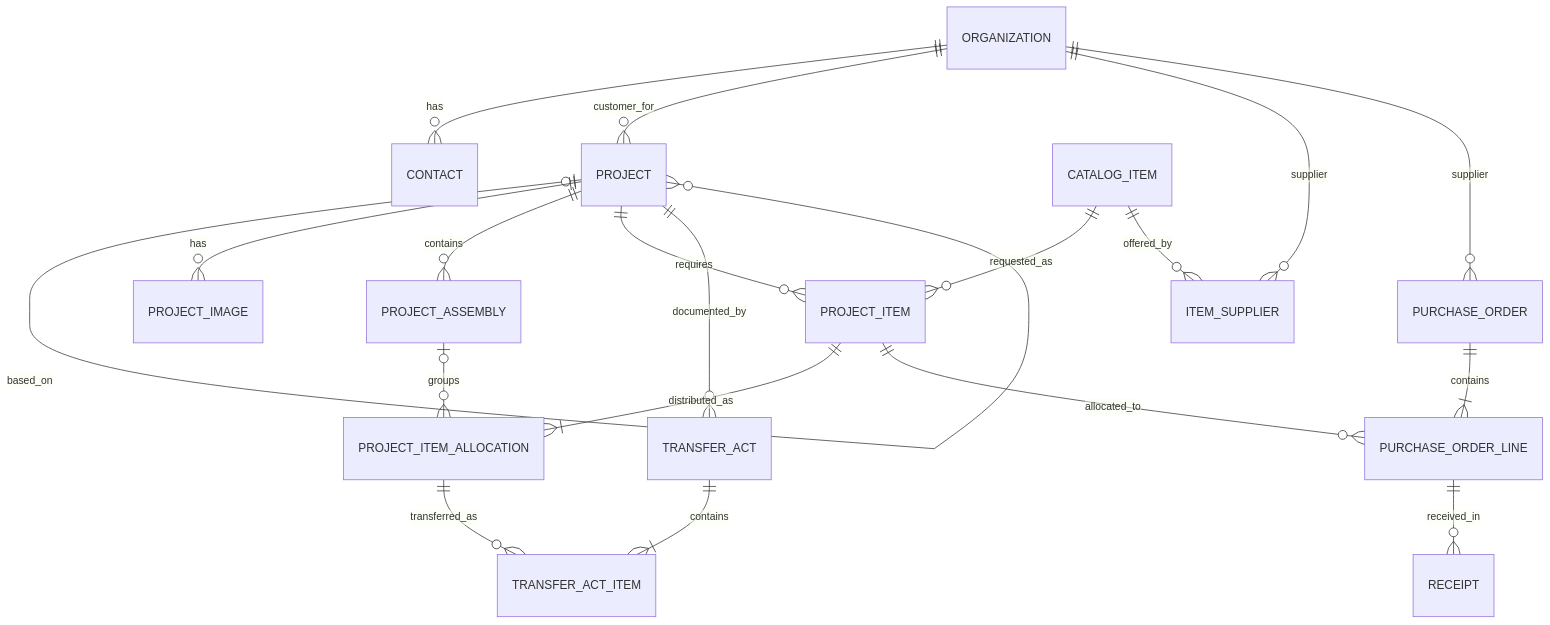
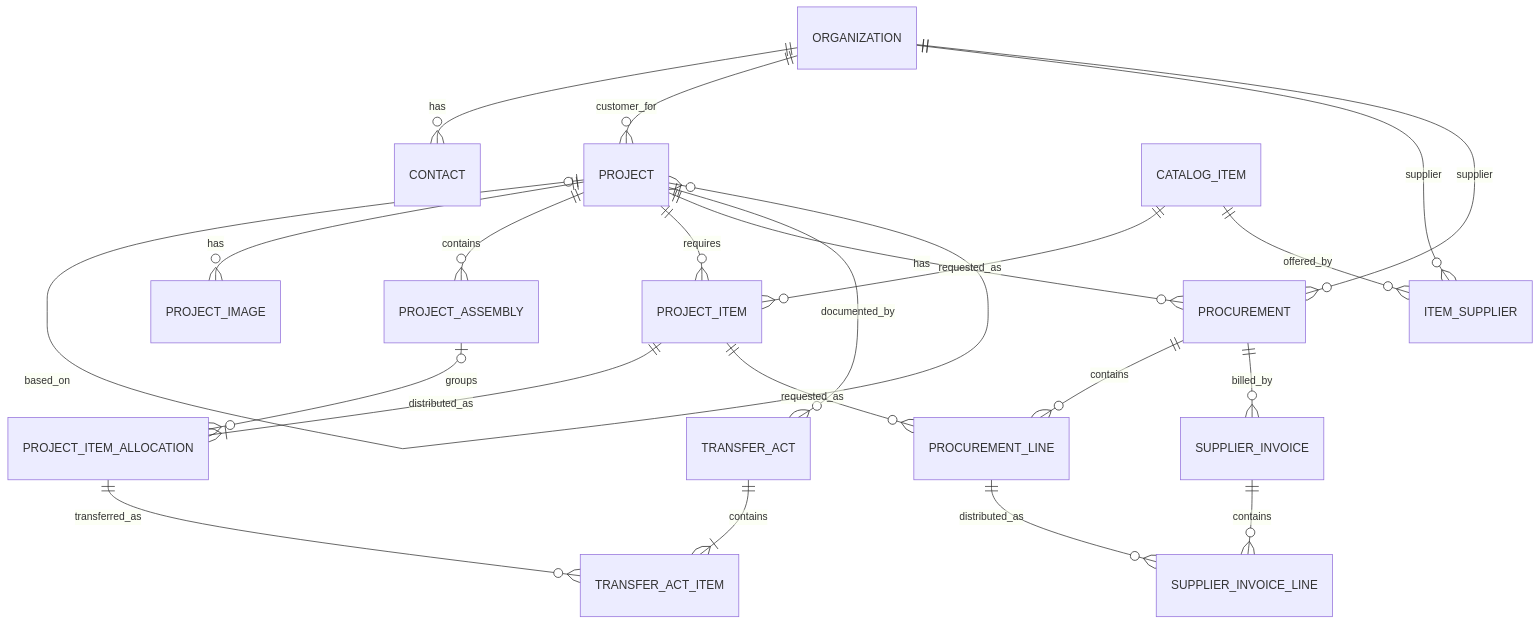
One commit to Yurchenkopi/eng_flow changed the diagram in docs/domain-model.md. Above: the diagram before and after it, drawn with Mermaid. The commit also changed other lines of this file and 42 other files, not shown here.

Commit message:
Add project procurement and supplier invoices

````diff
--- a/docs/domain-model.md
+++ b/docs/domain-model.md
@@ -7,21 +7,24 @@
 ```mermaid
 erDiagram
     ORGANIZATION ||--o{ CONTACT : has
     ORGANIZATION ||--o{ PROJECT : customer_for
     PROJECT o|--o{ PROJECT : based_on
     PROJECT ||--o{ PROJECT_IMAGE : has
     PROJECT ||--o{ PROJECT_ASSEMBLY : contains
     PROJECT ||--o{ PROJECT_ITEM : requires
     PROJECT_ITEM ||--|{ PROJECT_ITEM_ALLOCATION : distributed_as
     PROJECT_ASSEMBLY o|--o{ PROJECT_ITEM_ALLOCATION : groups
     CATALOG_ITEM ||--o{ PROJECT_ITEM : requested_as
     CATALOG_ITEM ||--o{ ITEM_SUPPLIER : offered_by
     ORGANIZATION ||--o{ ITEM_SUPPLIER : supplier
-    ORGANIZATION ||--o{ PURCHASE_ORDER : supplier
-    PURCHASE_ORDER ||--|{ PURCHASE_ORDER_LINE : contains
-    PROJECT_ITEM ||--o{ PURCHASE_ORDER_LINE : allocated_to
-    PURCHASE_ORDER_LINE ||--o{ RECEIPT : received_in
+    PROJECT ||--o{ PROCUREMENT : has
+    ORGANIZATION ||--o{ PROCUREMENT : supplier
+    PROCUREMENT ||--o{ PROCUREMENT_LINE : contains
+    PROJECT_ITEM ||--o{ PROCUREMENT_LINE : requested_as
+    PROCUREMENT ||--o{ SUPPLIER_INVOICE : billed_by
+    SUPPLIER_INVOICE ||--o{ SUPPLIER_INVOICE_LINE : contains
+    PROCUREMENT_LINE ||--o{ SUPPLIER_INVOICE_LINE : distributed_as
     PROJECT ||--o{ TRANSFER_ACT : documented_by
     TRANSFER_ACT ||--|{ TRANSFER_ACT_ITEM : contains
     PROJECT_ITEM_ALLOCATION ||--o{ TRANSFER_ACT_ITEM : transferred_as
 ```
````
